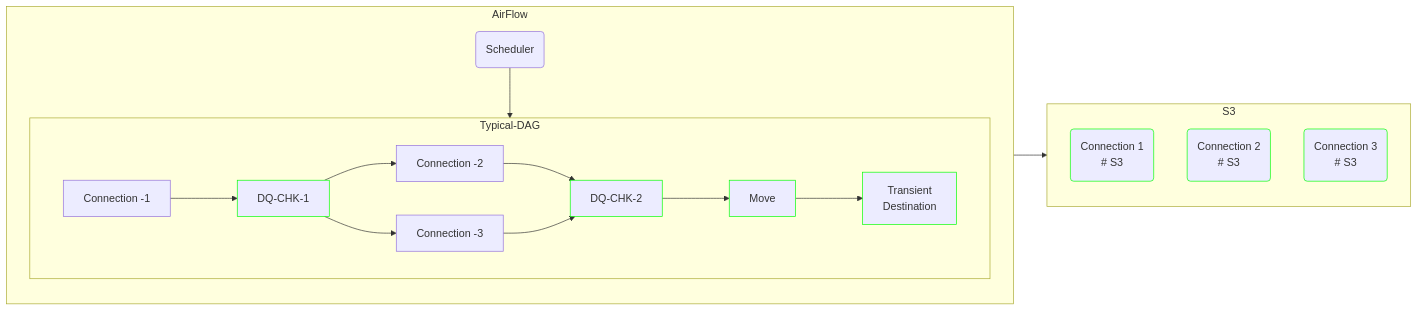
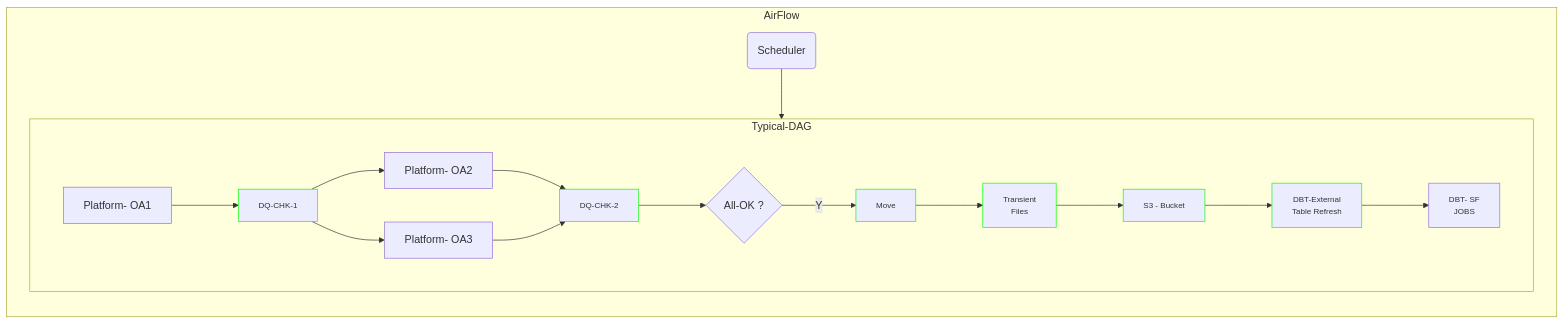
The second of 10 diagrams in README.md (peddadap/design_templates), drawn with Mermaid before and after one commit. The commit also changed other lines of this file, not shown here.

````diff
--- a/README.md
+++ b/README.md
@@ -87,32 +100,38 @@
 ```mermaid
 flowchart LR
    subgraph "AirFlow"
         G(Scheduler)
         subgraph "Typical-DAG"
-            1[Connection -1]
+            1[Platform- OA1]
             2[DQ-CHK-1]:::module
-            3[Connection -2]
-            4[Connection -3]
+            3[Platform- OA2]
+            4[Platform- OA3]
             5[DQ-CHK-2]:::module
-            6[Move]:::module
-            7[Transient \n Destination]:::module
+            6{All-OK ?}
+            7[Move]:::module
+            8[Transient \n Files]:::module
+            9[DBT-External \n Table Refresh]:::module
+            10[DBT- SF\n JOBS]:::small-font
+            S3[S3 - Bucket]:::module
+            
         end
     end
     
-    subgraph "S3"
-        S3.1(Connection 1 \n # S3):::module
-        S3.2(Connection 2 \n # S3):::module
-        S3.3(Connection 3 \n # S3):::module
-    end
-    classDef module stroke:#0f0
+    
+    classDef module stroke:#0f0,font-size:9pt;
+    classDef small-font font-size:9pt
+  
     1--> 2
     2 --> 3
     2 --> 4
     3--> 5
     4-->5
     5-->6
-    6-->7
+    6-->|Y|7
+    7-->8
+    9-->10
     G-->Typical-DAG
-    AirFlow-->S3
-
+    8-->S3
+    S3-->9
+    
 ```
````
